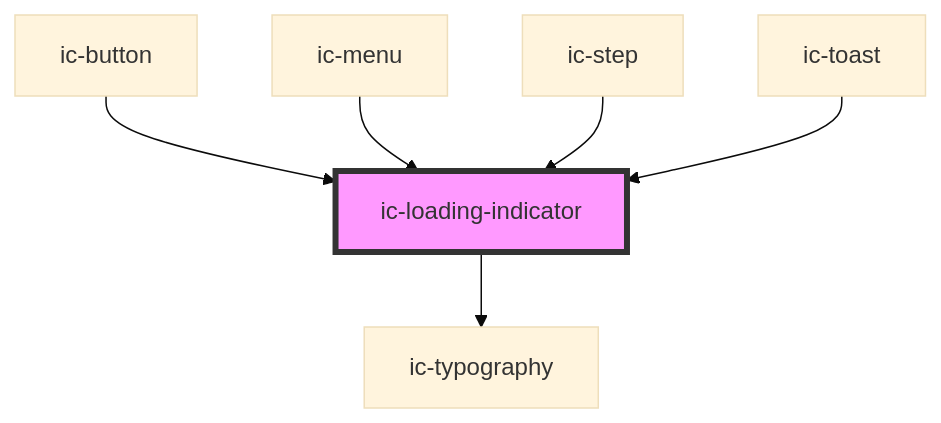
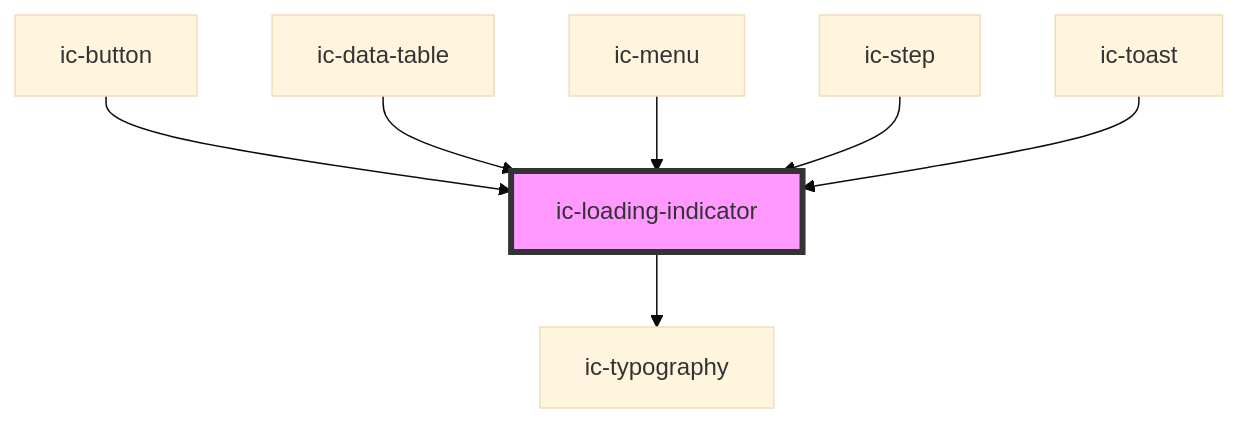
One commit to mi6/ic-ui-kit changed the diagram in packages/web-components/src/components/ic-loading-indicator/readme.md. Above: the diagram before and after it, drawn with Mermaid (base theme). The commit also changed other lines of this file and 15 other files, not shown here.

First line of the commit message:
feat(web-components): added loading states to data table

````diff
--- a/packages/web-components/src/components/ic-loading-indicator/readme.md
+++ b/packages/web-components/src/components/ic-loading-indicator/readme.md
@@ -45,9 +46,10 @@
 ```mermaid
 graph TD;
   ic-loading-indicator --> ic-typography
   ic-button --> ic-loading-indicator
+  ic-data-table --> ic-loading-indicator
   ic-menu --> ic-loading-indicator
   ic-step --> ic-loading-indicator
   ic-toast --> ic-loading-indicator
   style ic-loading-indicator fill:#f9f,stroke:#333,stroke-width:4px
 ```
````
